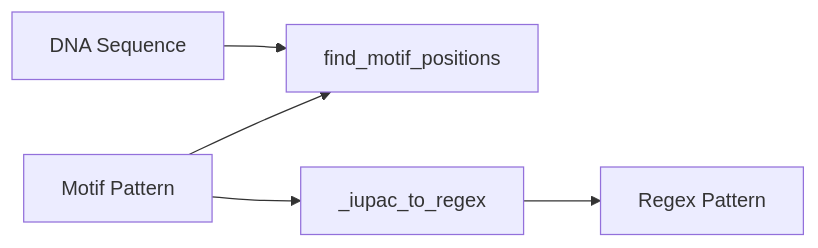
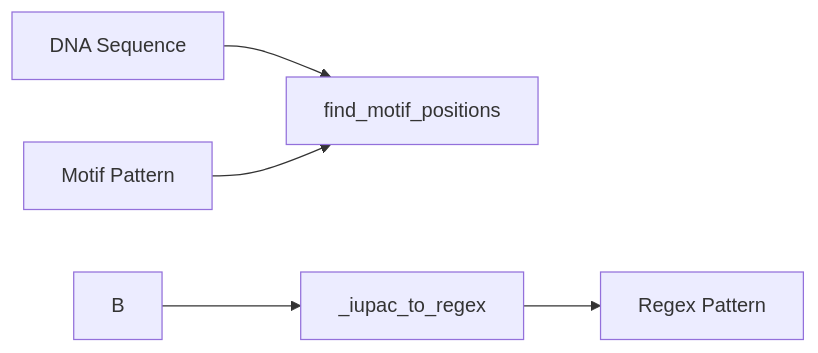
Before and after one commit to docxology/MetaInformAnt: the diagram in docs/dna/motifs.md, drawn with Mermaid. The commit also changed 611 other files, not shown here.

````diff
--- a/docs/dna/motifs.md
+++ b/docs/dna/motifs.md
@@ -5,5 +5,5 @@
 ```mermaid
 flowchart LR
-  A[DNA Sequence] & B[Motif Pattern] --> C[find_motif_positions]
-  B --> D[_iupac_to_regex] --> E[Regex Pattern]
+  AdnaSequence[DNA Sequence] & BmotifPattern[Motif Pattern] --> CfindMotifPositions[find_motif_positions]
+  B --> DIupacToRegex[_iupac_to_regex] --> EregexPattern[Regex Pattern]
 ```
````
